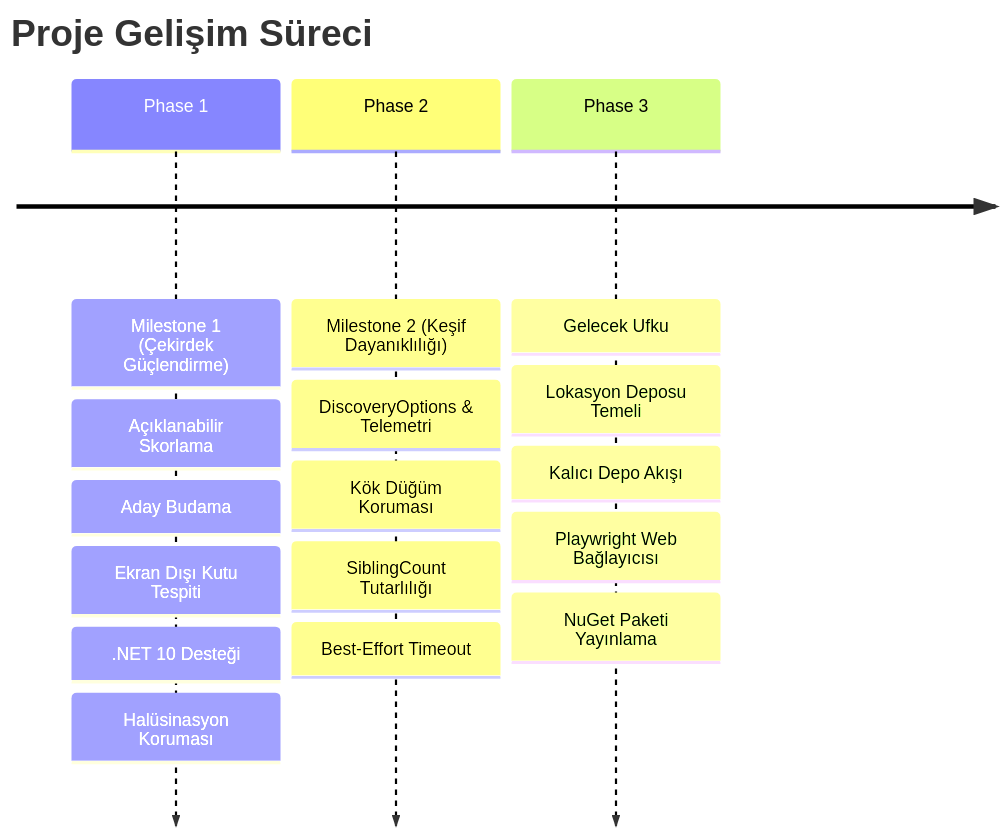
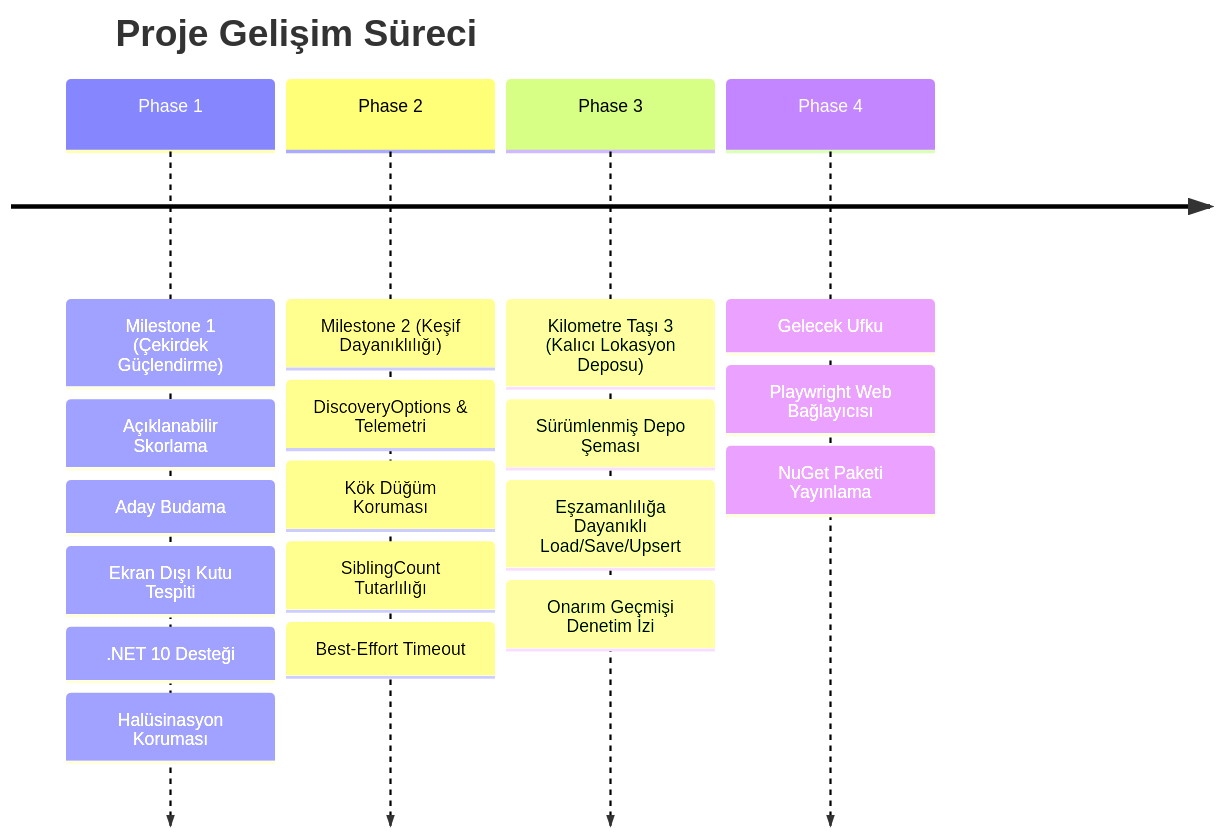
Before and after one commit to mustafasercansak/automation-sandbox: the fourth of 6 diagrams in PROJECT_SHOWCASE.md, drawn with Mermaid. The commit also changed other lines of this file and 5 other files, not shown here.

Commit message:
feat: implement persistent locator repository with concurrency-safe load/save/upsert; add tests for repository functionality and healing history entry factory

````diff
--- a/PROJECT_SHOWCASE.md
+++ b/PROJECT_SHOWCASE.md
@@ -213,7 +214,8 @@
 ```mermaid
 timeline
     title Proje Gelişim Süreci
     Phase 1 : Milestone 1 (Çekirdek Güçlendirme) : Açıklanabilir Skorlama : Aday Budama : Ekran Dışı Kutu Tespiti : .NET 10 Desteği : Halüsinasyon Koruması
     Phase 2 : Milestone 2 (Keşif Dayanıklılığı) : DiscoveryOptions & Telemetri : Kök Düğüm Koruması : SiblingCount Tutarlılığı : Best-Effort Timeout
-    Phase 3 : Gelecek Ufku : Lokasyon Deposu Temeli : Kalıcı Depo Akışı : Playwright Web Bağlayıcısı : NuGet Paketi Yayınlama
+    Phase 3 : Kilometre Taşı 3 (Kalıcı Lokasyon Deposu) : Sürümlenmiş Depo Şeması : Eşzamanlılığa Dayanıklı Load/Save/Upsert : Onarım Geçmişi Denetim İzi
+    Phase 4 : Gelecek Ufku : Playwright Web Bağlayıcısı : NuGet Paketi Yayınlama
 ```
````
